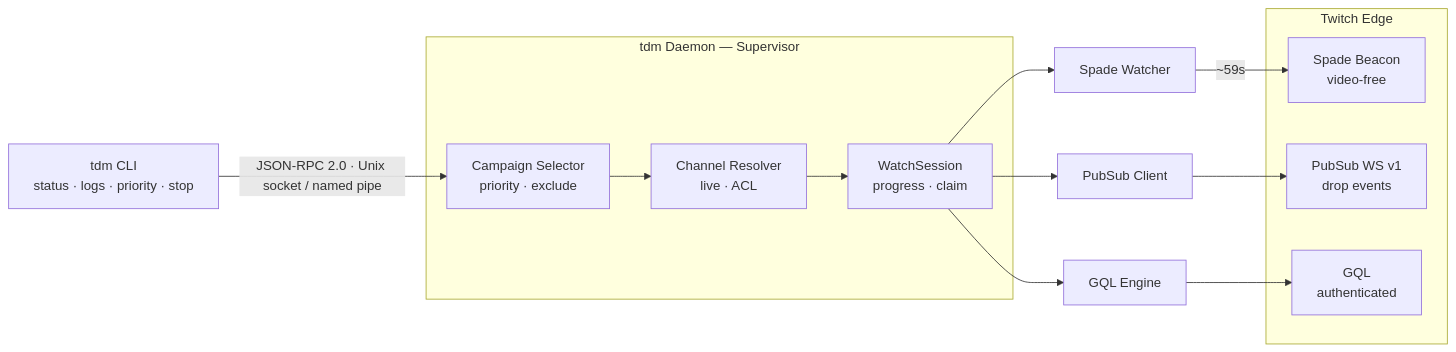
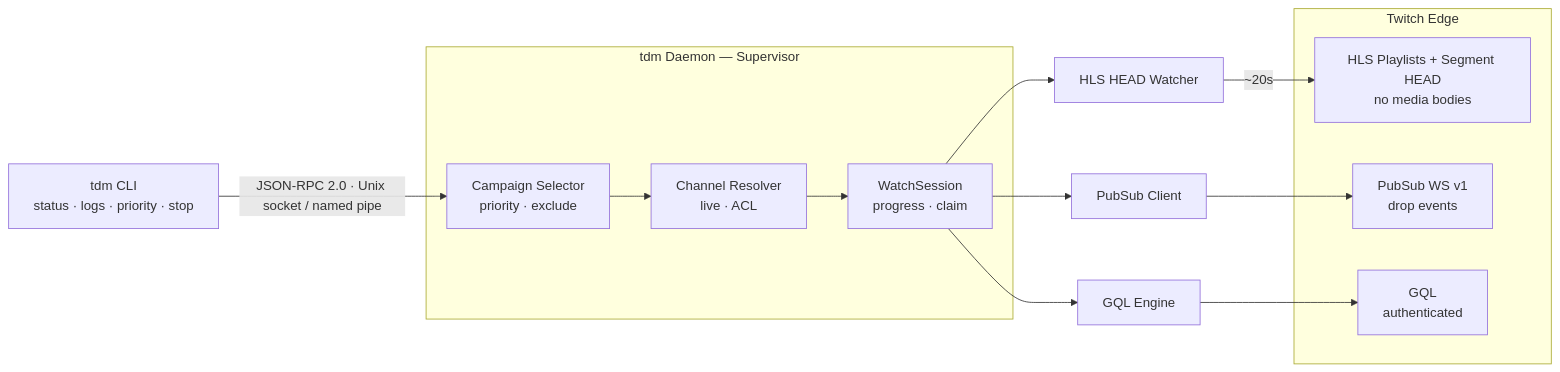
Before and after one commit to thozoz/twitch-drops-miner-go: the diagram in README.md, drawn with Mermaid. The commit also changed other lines of this file and 29 other files, not shown here.

````diff
--- a/README.md
+++ b/README.md
@@ -44,24 +46,24 @@
 ```mermaid
 flowchart LR
     CLI["tdm CLI<br/>status · logs · priority · stop"]
 
     subgraph D["tdm Daemon — Supervisor"]
         SEL["Campaign Selector<br/>priority · exclude"] --> RES["Channel Resolver<br/>live · ACL"] --> WS["WatchSession<br/>progress · claim"]
     end
 
     CLI -->|"JSON-RPC 2.0 · Unix socket / named pipe"| SEL
 
-    WS --> SPADE["Spade Watcher"]
+    WS --> HLS["HLS HEAD Watcher"]
     WS --> PS["PubSub Client"]
     WS --> GQL["GQL Engine"]
 
     subgraph EDGE["Twitch Edge"]
-        T1["Spade Beacon<br/>video-free"]
+        T1["HLS Playlists + Segment HEAD<br/>no media bodies"]
         T2["PubSub WS v1<br/>drop events"]
         T3["GQL<br/>authenticated"]
     end
 
-    SPADE -->|"~59s"| T1
+    HLS -->|"~20s"| T1
     PS --> T2
     GQL --> T3
 ```
````
